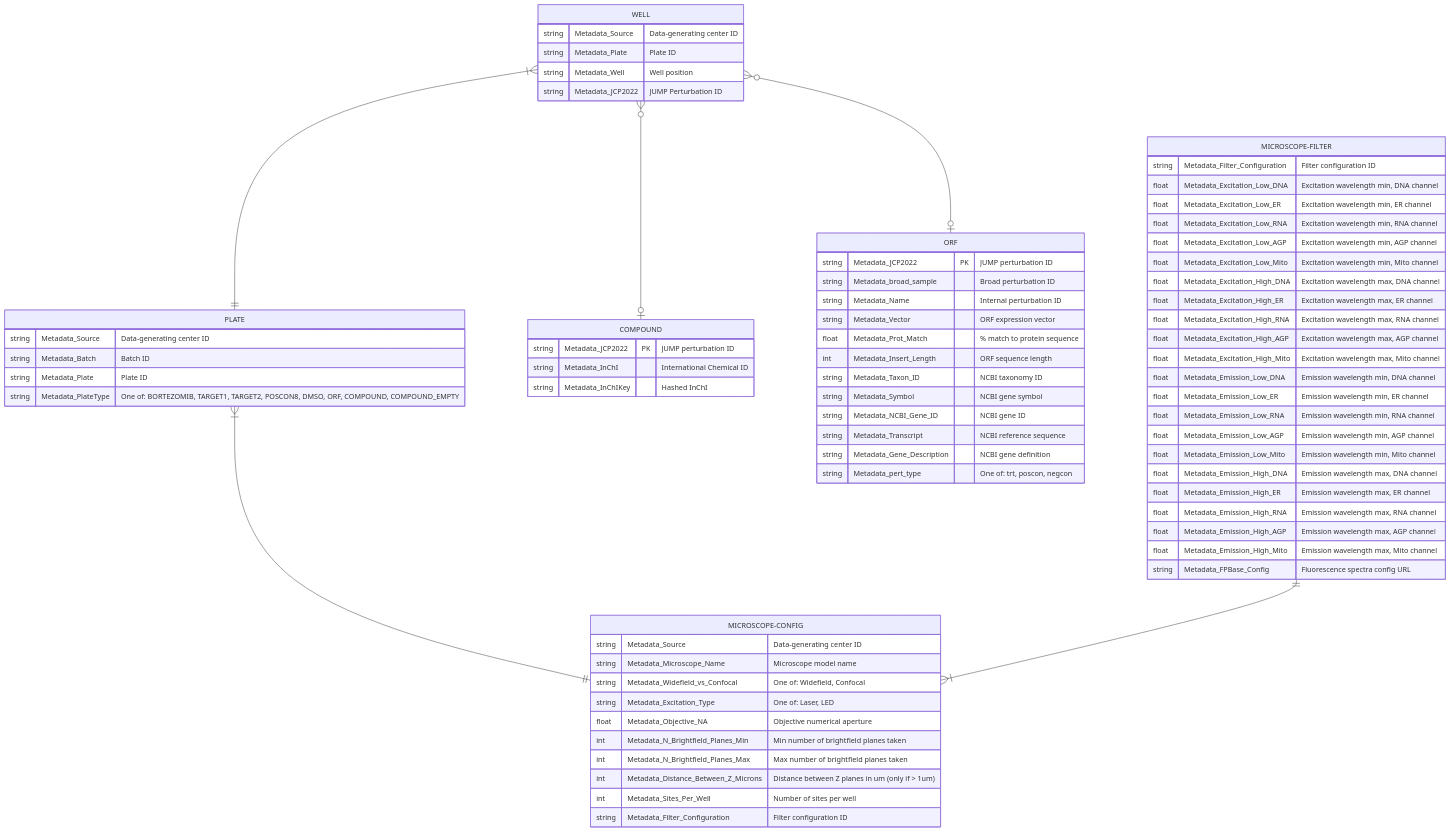
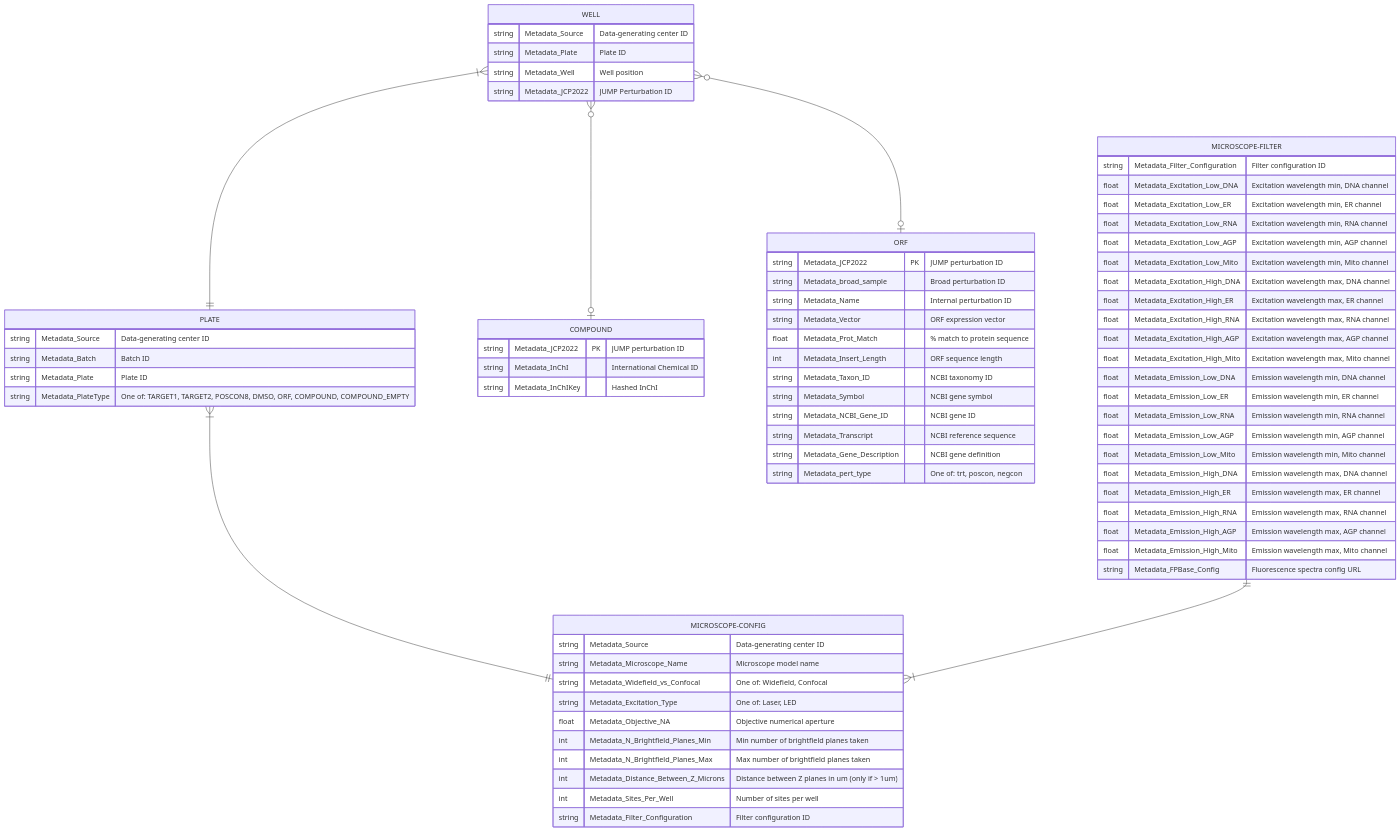
Before and after one commit to jump-cellpainting/datasets: the diagram in metadata/README.md, drawn with Mermaid.

Commit message:
Drop BORTEZOMIB plate type

````diff
--- a/metadata/README.md
+++ b/metadata/README.md
@@ -6,75 +6,75 @@
 ```mermaid
 erDiagram
     WELL }|--|| PLATE : ""
     WELL {
         string Metadata_Source "Data-generating center ID"
         string Metadata_Plate "Plate ID"
         string Metadata_Well "Well position"
         string Metadata_JCP2022 "JUMP Perturbation ID"
     }
     PLATE {
         string Metadata_Source "Data-generating center ID"
         string Metadata_Batch "Batch ID"
         string Metadata_Plate "Plate ID"
-        string Metadata_PlateType "One of: BORTEZOMIB, TARGET1, TARGET2, POSCON8, DMSO, ORF, COMPOUND, COMPOUND_EMPTY"
+        string Metadata_PlateType "One of: TARGET1, TARGET2, POSCON8, DMSO, ORF, COMPOUND, COMPOUND_EMPTY"
     }
     WELL }o--o| COMPOUND : ""
     COMPOUND {
         string Metadata_JCP2022 PK "JUMP perturbation ID"
         string Metadata_InChI "International Chemical ID"
         string Metadata_InChIKey "Hashed InChI"
     }
     WELL }o--o| ORF : ""
     ORF {
         string Metadata_JCP2022 PK "JUMP perturbation ID"
         string Metadata_broad_sample "Broad perturbation ID"
         string Metadata_Name "Internal perturbation ID"
         string Metadata_Vector "ORF expression vector"
         float Metadata_Prot_Match "% match to protein sequence"
         int Metadata_Insert_Length "ORF sequence length"
         string Metadata_Taxon_ID "NCBI taxonomy ID"
         string Metadata_Symbol "NCBI gene symbol"
         string Metadata_NCBI_Gene_ID "NCBI gene ID"
         string Metadata_Transcript "NCBI reference sequence"
         string Metadata_Gene_Description "NCBI gene definition"
         string Metadata_pert_type "One of: trt, poscon, negcon"
     }
     PLATE }|--|| MICROSCOPE-CONFIG : ""
     MICROSCOPE-CONFIG {
         string Metadata_Source "Data-generating center ID"
         string Metadata_Microscope_Name "Microscope model name"
         string Metadata_Widefield_vs_Confocal "One of: Widefield, Confocal"
         string Metadata_Excitation_Type "One of: Laser, LED"
         float Metadata_Objective_NA "Objective numerical aperture"
         int Metadata_N_Brightfield_Planes_Min "Min number of brightfield planes taken"
         int Metadata_N_Brightfield_Planes_Max "Max number of brightfield planes taken"
         int Metadata_Distance_Between_Z_Microns "Distance between Z planes in um (only if > 1um)"
         int Metadata_Sites_Per_Well "Number of sites per well"
         string Metadata_Filter_Configuration "Filter configuration ID"
     }
     MICROSCOPE-FILTER ||--|{ MICROSCOPE-CONFIG : ""
     MICROSCOPE-FILTER {
         string Metadata_Filter_Configuration "Filter configuration ID"
         float Metadata_Excitation_Low_DNA "Excitation wavelength min, DNA channel"
         float Metadata_Excitation_Low_ER "Excitation wavelength min, ER channel"
         float Metadata_Excitation_Low_RNA "Excitation wavelength min, RNA channel"
         float Metadata_Excitation_Low_AGP "Excitation wavelength min, AGP channel"
         float Metadata_Excitation_Low_Mito "Excitation wavelength min, Mito channel"
         float Metadata_Excitation_High_DNA "Excitation wavelength max, DNA channel"
         float Metadata_Excitation_High_ER "Excitation wavelength max, ER channel"
         float Metadata_Excitation_High_RNA "Excitation wavelength max, RNA channel"
         float Metadata_Excitation_High_AGP "Excitation wavelength max, AGP channel"
         float Metadata_Excitation_High_Mito "Excitation wavelength max, Mito channel"
         float Metadata_Emission_Low_DNA "Emission wavelength min, DNA channel"
         float Metadata_Emission_Low_ER "Emission wavelength min, ER channel"
         float Metadata_Emission_Low_RNA "Emission wavelength min, RNA channel"
         float Metadata_Emission_Low_AGP "Emission wavelength min, AGP channel"
         float Metadata_Emission_Low_Mito "Emission wavelength min, Mito channel"
         float Metadata_Emission_High_DNA "Emission wavelength max, DNA channel"
         float Metadata_Emission_High_ER "Emission wavelength max, ER channel"
         float Metadata_Emission_High_RNA "Emission wavelength max, RNA channel"
         float Metadata_Emission_High_AGP "Emission wavelength max, AGP channel"
         float Metadata_Emission_High_Mito "Emission wavelength max, Mito channel"
         string Metadata_FPBase_Config "Fluorescence spectra config URL"
     }
 ```
````
